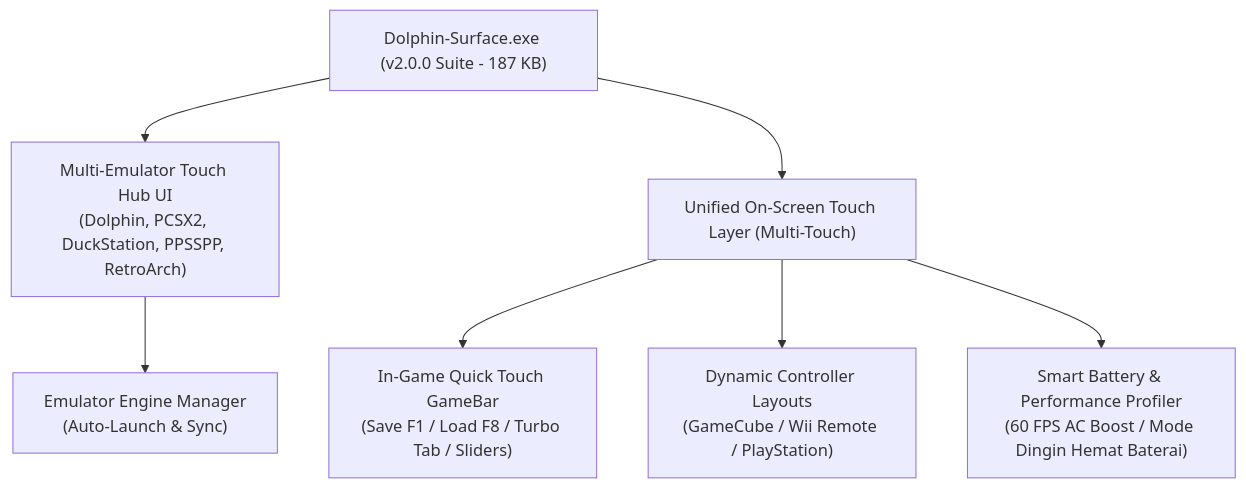
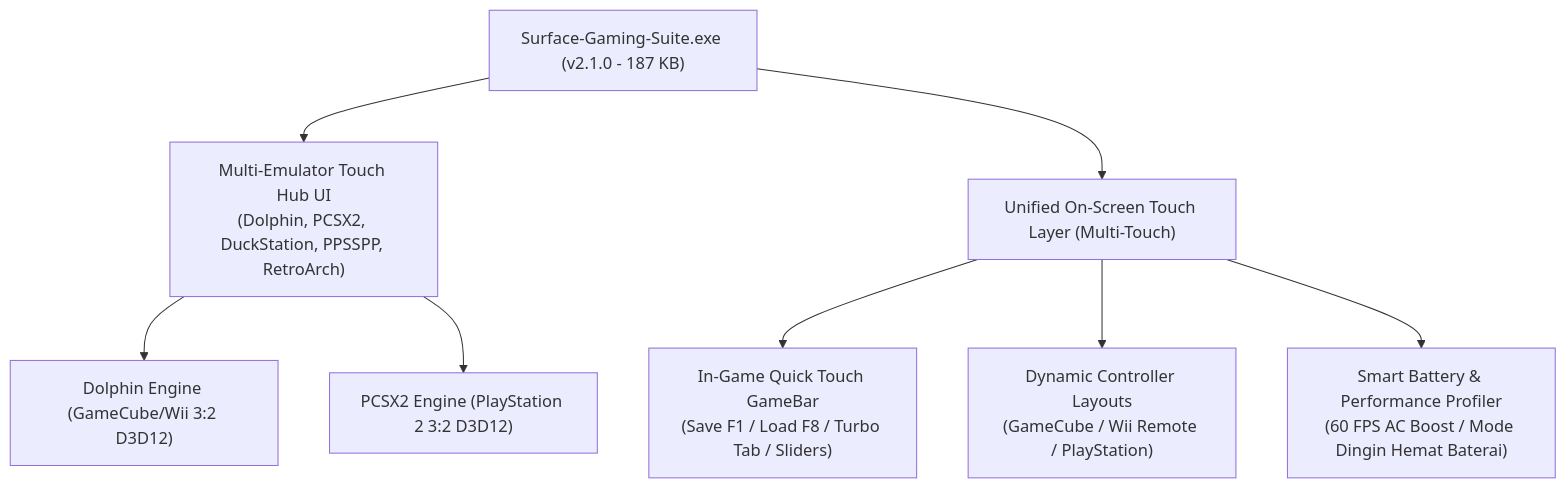
One commit to MPESMPEK/dolphin-emulator-surface-laptop-go-1 changed the diagram in Readme.md. Above: the diagram before and after it, drawn with Mermaid. The commit also changed other lines of this file and 5 other files, not shown here.

First line of the commit message:
v2.1.0: Rebrand to Surface Gaming Suite & Integrasi Bundled PCSX2

````diff
--- a/Readme.md
+++ b/Readme.md
@@ -129,9 +136,10 @@
 ```mermaid
 flowchart TD
-    Launcher["Dolphin-Surface.exe (v2.0.0 Suite - 187 KB)"] --> Hub["Multi-Emulator Touch Hub UI\n(Dolphin, PCSX2, DuckStation, PPSSPP, RetroArch)"]
-    Hub --> Emulators["Emulator Engine Manager\n(Auto-Launch & Sync)"]
+    Launcher["Surface-Gaming-Suite.exe (v2.1.0 - 187 KB)"] --> Hub["Multi-Emulator Touch Hub UI\n(Dolphin, PCSX2, DuckStation, PPSSPP, RetroArch)"]
+    Hub --> Dolphin["Dolphin Engine (GameCube/Wii 3:2 D3D12)"]
+    Hub --> PCSX2["PCSX2 Engine (PlayStation 2 3:2 D3D12)"]
     Launcher --> Overlay["Unified On-Screen Touch Layer (Multi-Touch)"]
     Overlay --> QuickMenu["In-Game Quick Touch GameBar\n(Save F1 / Load F8 / Turbo Tab / Sliders)"]
     Overlay --> Controller["Dynamic Controller Layouts\n(GameCube / Wii Remote / PlayStation)"]
     Overlay --> Battery["Smart Battery & Performance Profiler\n(60 FPS AC Boost / Mode Dingin Hemat Baterai)"]
 ```
````
